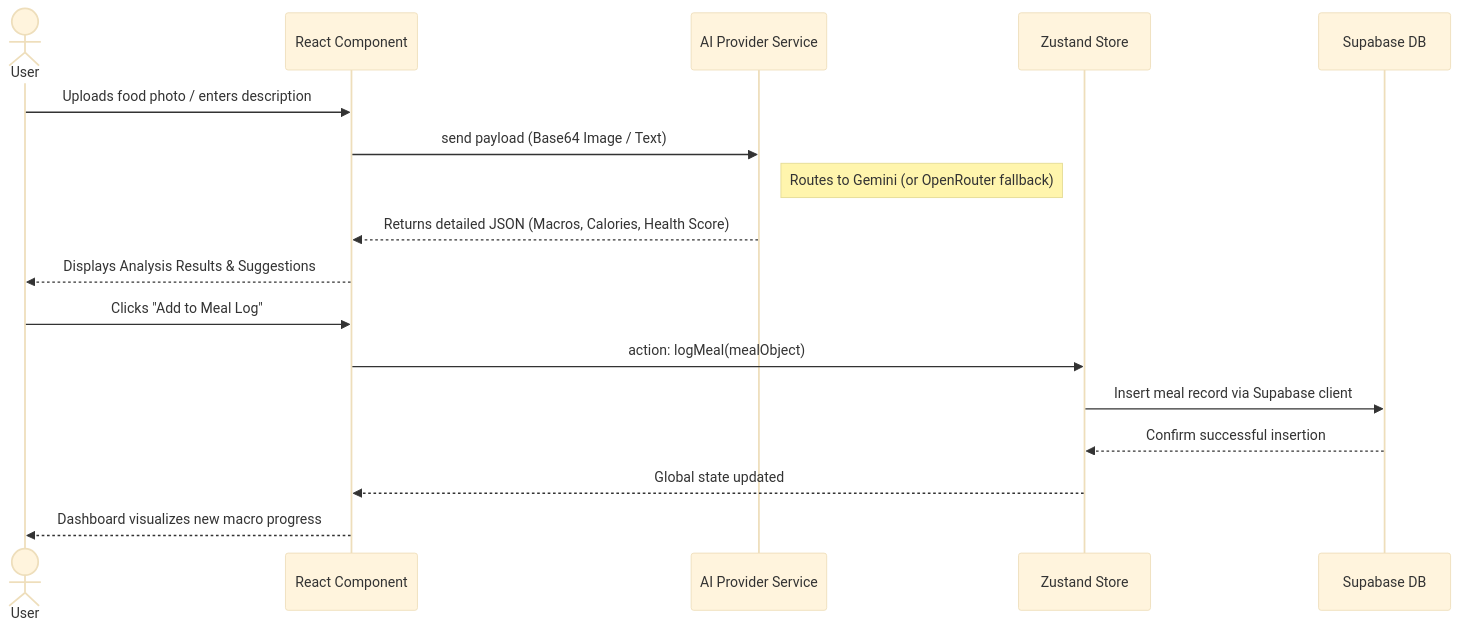
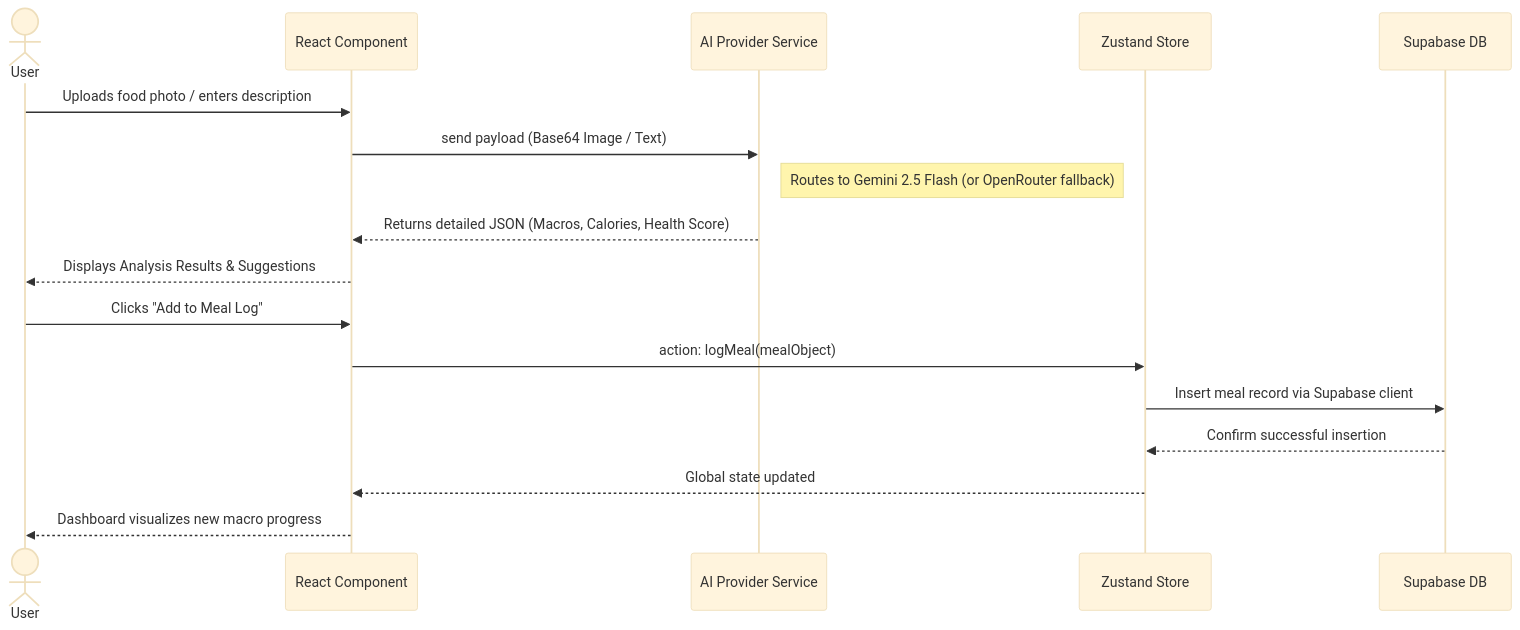
The second of 2 diagrams in readme.md (Shriraj888/EatWise-AI), drawn with Mermaid (base theme) before and after one commit. The commit also changed other lines of this file and 3 other files, not shown here.

````diff
--- a/readme.md
+++ b/readme.md
@@ -52,21 +52,21 @@
 ```mermaid
 sequenceDiagram
     actor User
     participant UI as React Component
     participant AI as AI Provider Service
     participant Store as Zustand Store
     participant SB as Supabase DB
 
     User->>UI: Uploads food photo / enters description
     UI->>AI: send payload (Base64 Image / Text)
-    note right of AI: Routes to Gemini (or OpenRouter fallback)
+    note right of AI: Routes to Gemini 2.5 Flash (or OpenRouter fallback)
     AI-->>UI: Returns detailed JSON (Macros, Calories, Health Score)
     UI-->>User: Displays Analysis Results & Suggestions
     
     User->>UI: Clicks "Add to Meal Log"
     UI->>Store: action: logMeal(mealObject)
     Store->>SB: Insert meal record via Supabase client
     SB-->>Store: Confirm successful insertion
     Store-->>UI: Global state updated
     UI-->>User: Dashboard visualizes new macro progress
 ```
````
